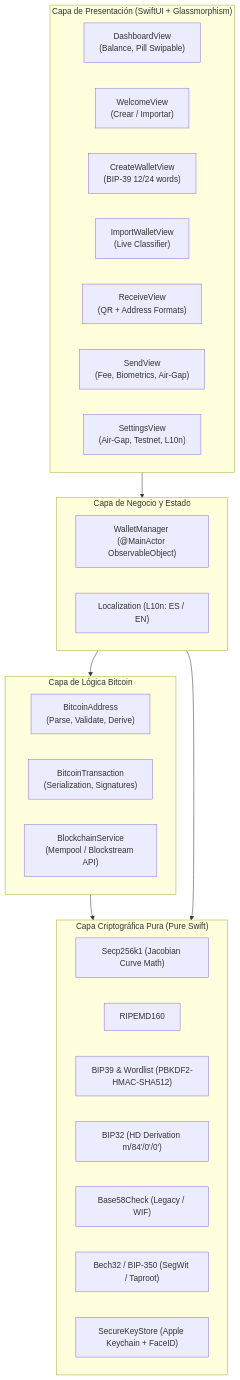
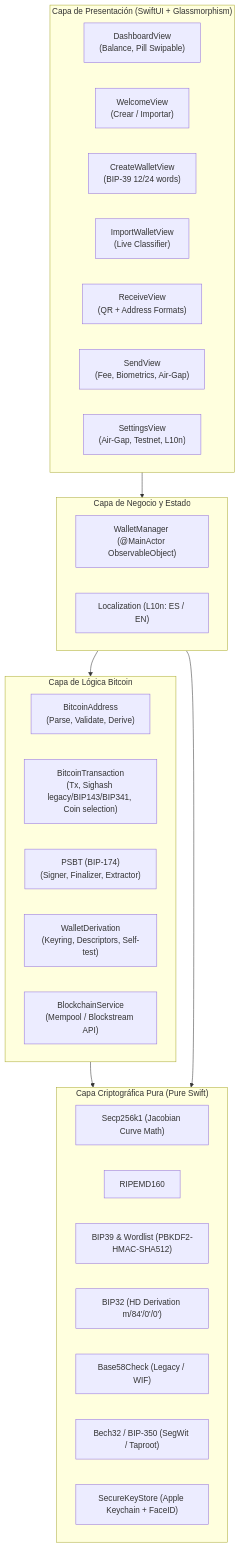
One commit to JCMB-ME/ColdVault changed the diagram in doc.md. Above: the diagram before and after it, drawn with Mermaid. The commit also changed other lines of this file and 92 other files, not shown here.

````diff
--- a/doc.md
+++ b/doc.md
@@ -24,38 +24,40 @@
 ```mermaid
 flowchart TD
     subgraph UI ["Capa de Presentación (SwiftUI + Glassmorphism)"]
         DashboardView["DashboardView\n(Balance, Pill Swipable)"]
         WelcomeView["WelcomeView\n(Crear / Importar)"]
         CreateWalletView["CreateWalletView\n(BIP-39 12/24 words)"]
         ImportWalletView["ImportWalletView\n(Live Classifier)"]
         ReceiveView["ReceiveView\n(QR + Address Formats)"]
         SendView["SendView\n(Fee, Biometrics, Air-Gap)"]
         SettingsView["SettingsView\n(Air-Gap, Testnet, L10n)"]
     end
 
     subgraph State ["Capa de Negocio y Estado"]
         WalletManager["WalletManager (@MainActor ObservableObject)"]
         Localization["Localization (L10n: ES / EN)"]
     end
 
     subgraph BitcoinCore ["Capa de Lógica Bitcoin"]
         BitcoinAddress["BitcoinAddress\n(Parse, Validate, Derive)"]
-        BitcoinTransaction["BitcoinTransaction\n(Serialization, Signatures)"]
+        BitcoinTransaction["BitcoinTransaction\n(Tx, Sighash legacy/BIP143/BIP341, Coin selection)"]
+        PSBT["PSBT (BIP-174)\n(Signer, Finalizer, Extractor)"]
+        WalletDerivation["WalletDerivation\n(Keyring, Descriptors, Self-test)"]
         BlockchainService["BlockchainService\n(Mempool / Blockstream API)"]
     end
 
     subgraph CryptoCore ["Capa Criptográfica Pura (Pure Swift)"]
         Secp256k1["Secp256k1 (Jacobian Curve Math)"]
         RIPEMD160["RIPEMD160"]
         BIP39["BIP39 & Wordlist (PBKDF2-HMAC-SHA512)"]
         BIP32["BIP32 (HD Derivation m/84'/0'/0')"]
         Base58Check["Base58Check (Legacy / WIF)"]
         Bech32["Bech32 / BIP-350 (SegWit / Taproot)"]
         SecureKeyStore["SecureKeyStore (Apple Keychain + FaceID)"]
     end
 
     UI --> State
     State --> BitcoinCore
     BitcoinCore --> CryptoCore
     State --> CryptoCore
 ```
````
